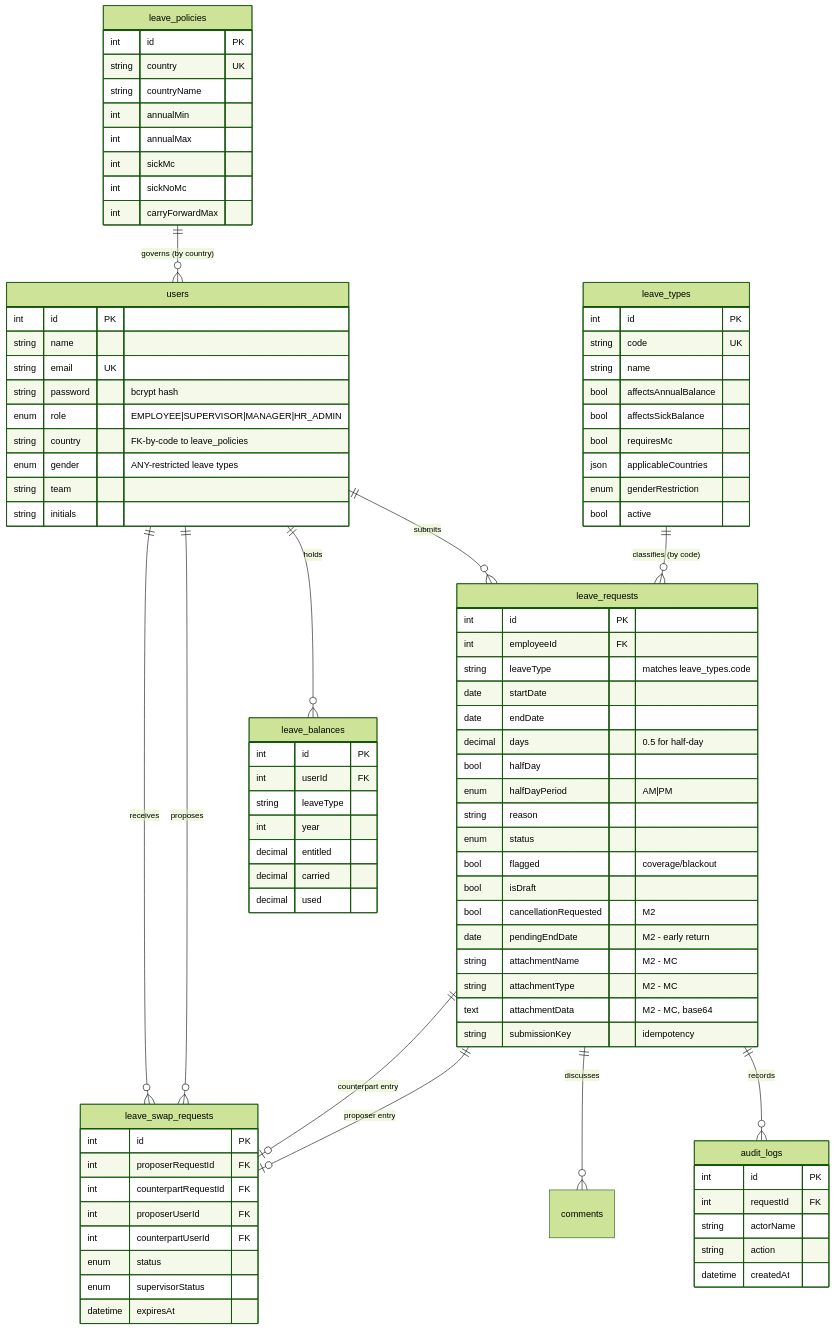
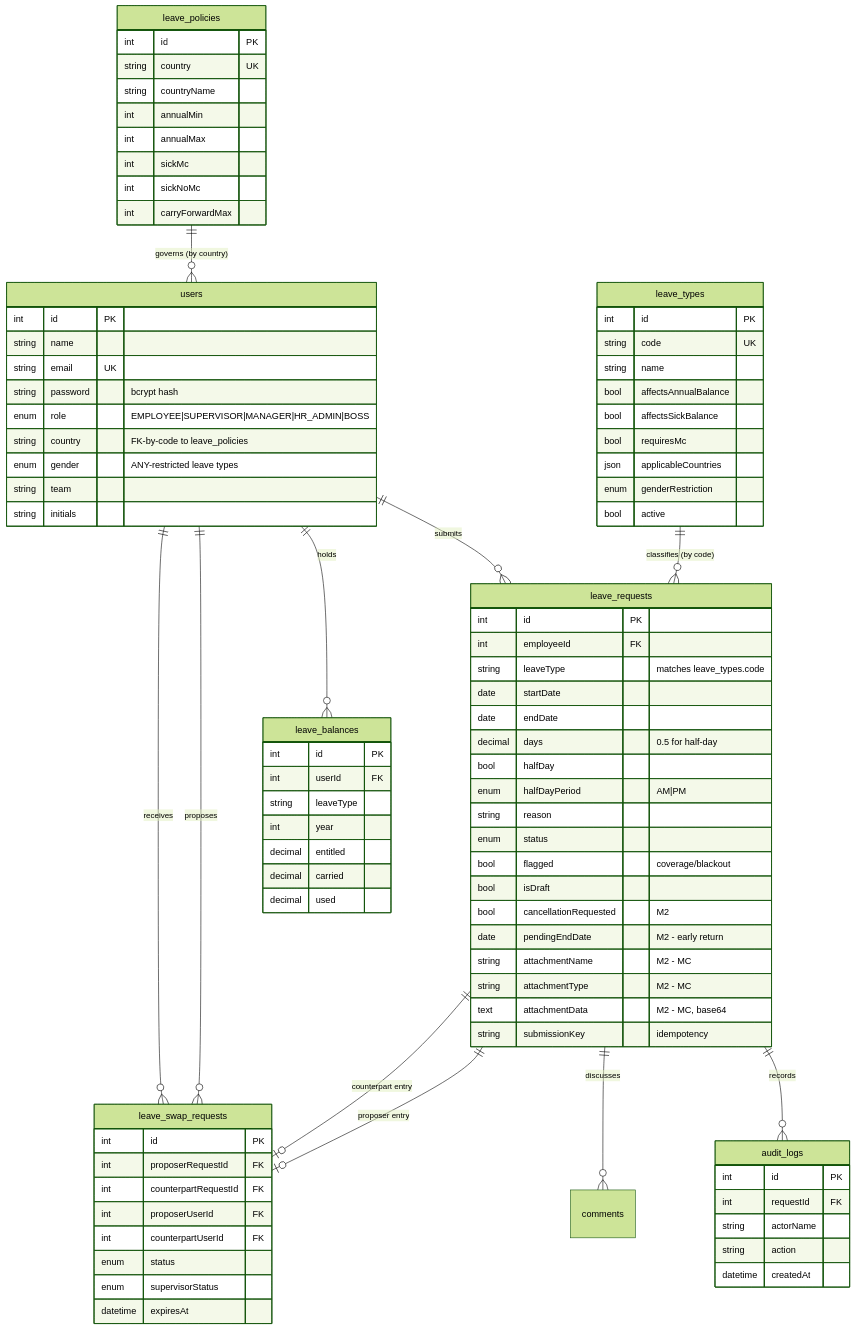
One commit to NotNinjaMine/fullstack-project changed the diagram in docs/jervis/database-schema.md. Above: the diagram before and after it, drawn with Mermaid (forest theme). The commit also changed other lines of this file and 8 other files, not shown here.

First line of the commit message:
docs: group README, architecture and per-member docs updated for the BOSS chain

```diff
--- a/docs/jervis/database-schema.md
+++ b/docs/jervis/database-schema.md
@@ -32,7 +32,7 @@
         string name
         string email UK
         string password "bcrypt hash"
-        enum role "EMPLOYEE|SUPERVISOR|MANAGER|HR_ADMIN"
+        enum role "EMPLOYEE|SUPERVISOR|MANAGER|HR_ADMIN|BOSS"
         string country "FK-by-code to leave_policies"
         enum gender "ANY-restricted leave types"
         string team
```
